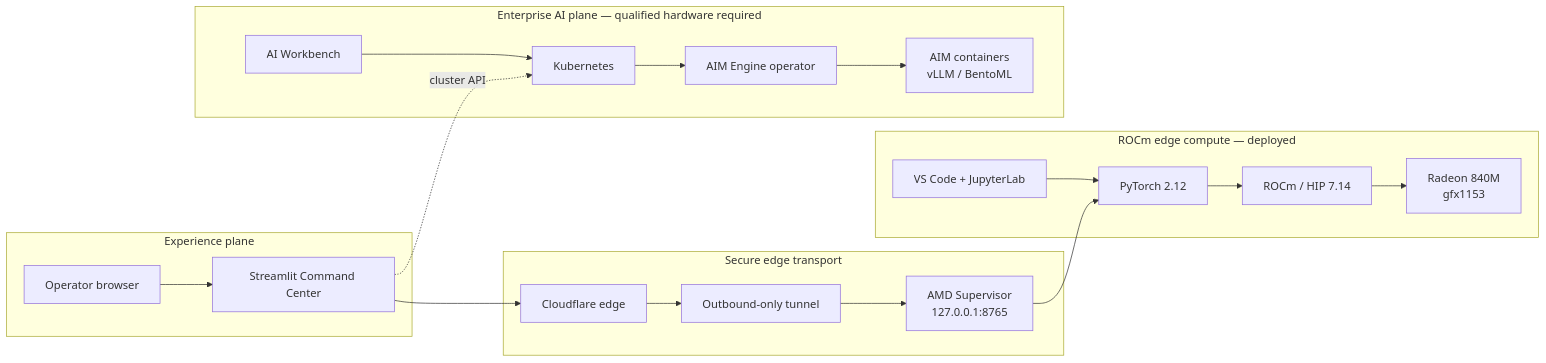
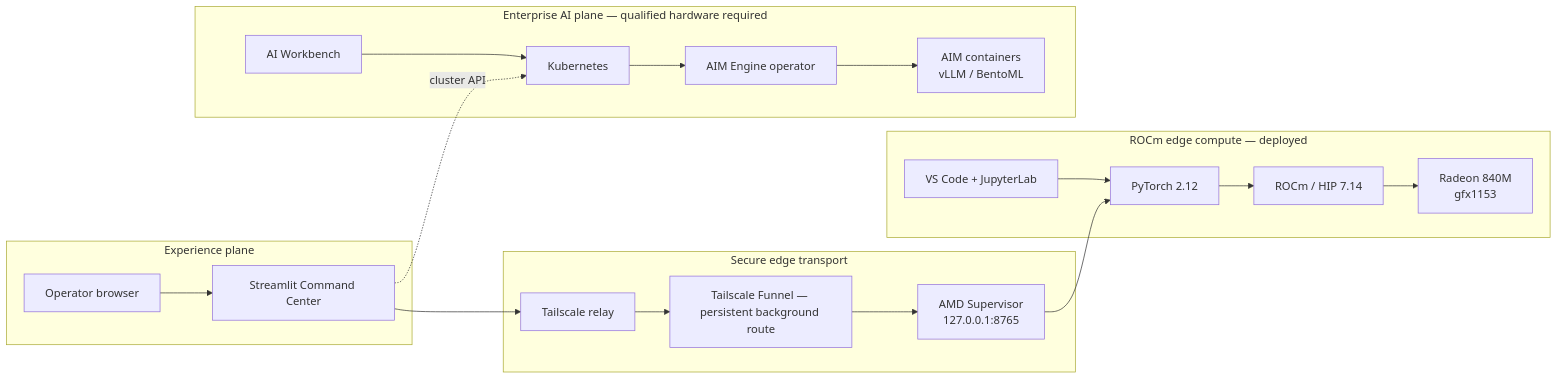
Before and after one commit to fadykhella-maker/amdai-enterprise-command-center: the diagram in ARCHITECTURE.md, drawn with Mermaid. The commit also changed other lines of this file and 2 other files, not shown here.

Commit message:
Upgrade AMD command center architecture

````diff
--- a/ARCHITECTURE.md
+++ b/ARCHITECTURE.md
@@ -32,32 +32,32 @@
 ```mermaid
 flowchart LR
   subgraph UX[Experience plane]
     Browser[Operator browser]
     Portal[Streamlit Command Center]
   end
 
   subgraph SEC[Secure edge transport]
-    CF[Cloudflare edge]
-    Tunnel[Outbound-only tunnel]
+    CF[Tailscale relay]
+    Tunnel[Tailscale Funnel — persistent background route]
     API[AMD Supervisor\n127.0.0.1:8765]
   end
 
   subgraph EDGE[ROCm edge compute — deployed]
     Torch[PyTorch 2.12]
     HIP[ROCm / HIP 7.14]
     GPU[Radeon 840M\ngfx1153]
     Lab[VS Code + JupyterLab]
   end
 
   subgraph EAI[Enterprise AI plane — qualified hardware required]
     K8s[Kubernetes]
     Engine[AIM Engine operator]
     AIM[AIM containers\nvLLM / BentoML]
     WB[AI Workbench]
   end
 
   Browser --> Portal --> CF --> Tunnel --> API --> Torch --> HIP --> GPU
   Lab --> Torch
   Portal -. cluster API .-> K8s --> Engine --> AIM
   WB --> K8s
 ```
````
